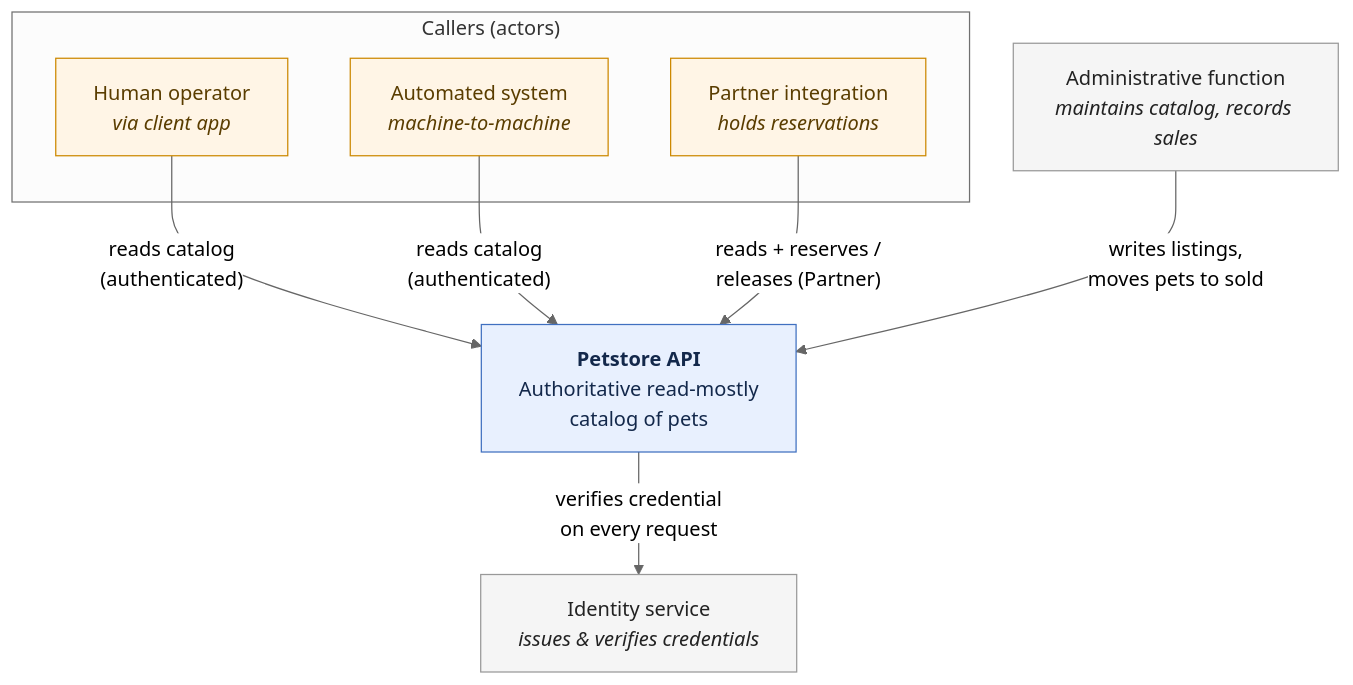
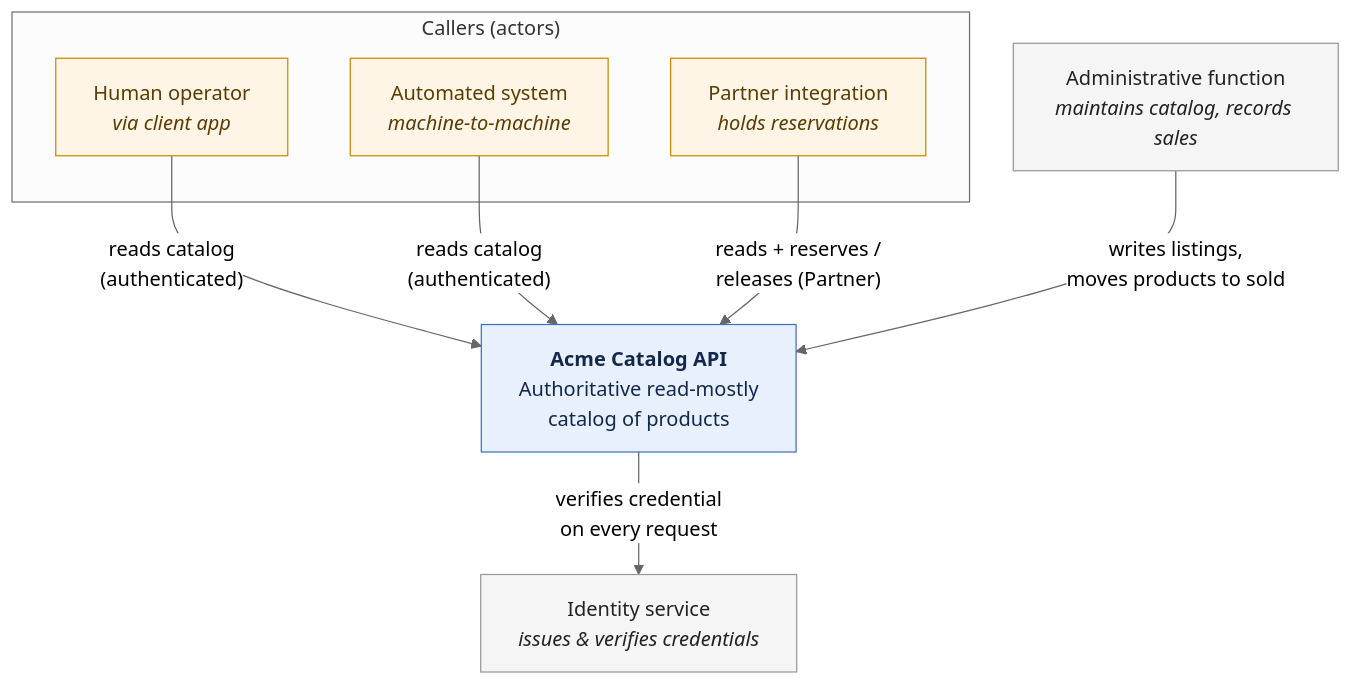
One commit to kieranpotts/specs changed the diagram in specification/context/overview/system-context.md. Above: the diagram before and after it, drawn with Mermaid (neutral theme). The commit also changed other lines of this file and 31 other files, not shown here.

````diff
--- a/specification/context/overview/system-context.md
+++ b/specification/context/overview/system-context.md
@@ -14,27 +14,27 @@
 ```mermaid
 flowchart TB
     subgraph callers["Callers (actors)"]
         Human["Human operator<br/><i>via client app</i>"]
         Machine["Automated system<br/><i>machine-to-machine</i>"]
         PartnerOrg["Partner integration<br/><i>holds reservations</i>"]
     end
 
-    API["<b>Petstore API</b><br/>Authoritative read-mostly<br/>catalog of pets"]
+    API["<b>Acme Catalog API</b><br/>Authoritative read-mostly<br/>catalog of products"]
 
     Identity["Identity service<br/><i>issues &amp; verifies credentials</i>"]
     Admin["Administrative function<br/><i>maintains catalog, records sales</i>"]
 
     Human -->|"reads catalog<br/>(authenticated)"| API
     Machine -->|"reads catalog<br/>(authenticated)"| API
     PartnerOrg -->|"reads + reserves /<br/>releases (Partner)"| API
 
     API -->|"verifies credential<br/>on every request"| Identity
-    Admin -->|"writes listings,<br/>moves pets to sold"| API
+    Admin -->|"writes listings,<br/>moves products to sold"| API
 
     classDef sys fill:#e8f0fe,stroke:#4070c0,color:#13284b;
     classDef ext fill:#f5f5f5,stroke:#999,color:#222;
     classDef person fill:#fff5e6,stroke:#cc8800,color:#5a3d00;
     class API sys;
     class Identity,Admin ext;
     class Human,Machine,PartnerOrg person;
 ```
````
